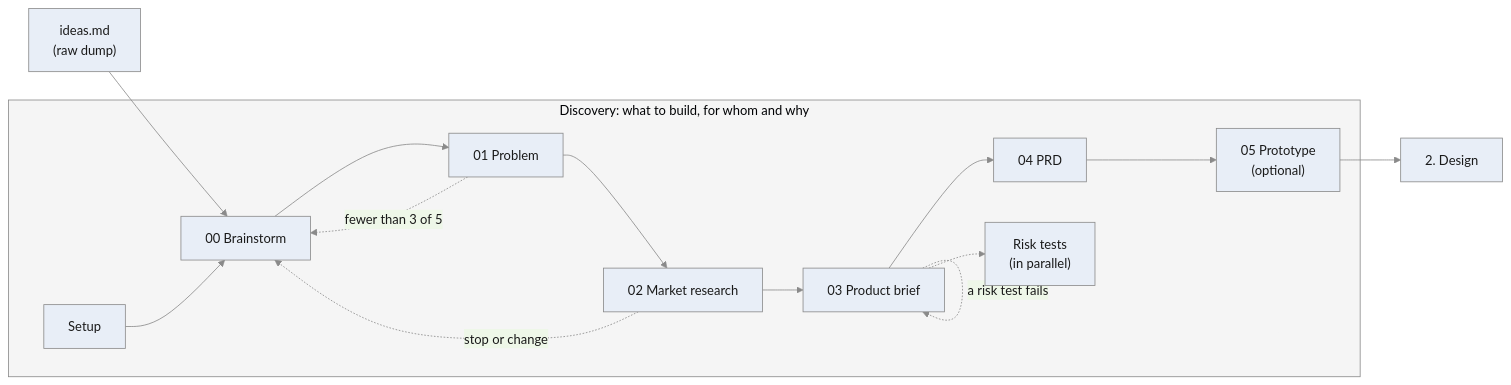
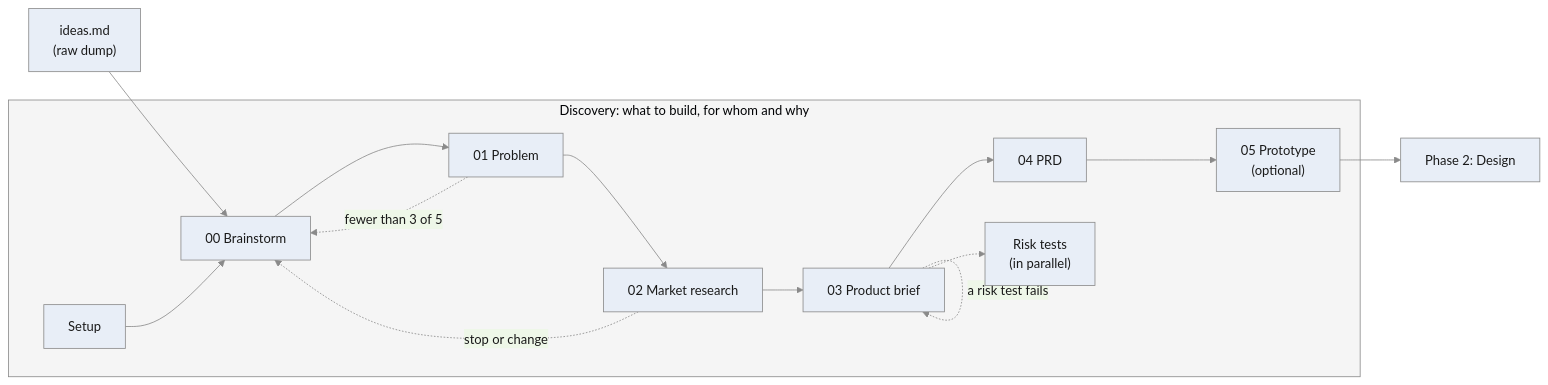
Before and after one commit to developedbyflow/ways-of-working: the first of 2 diagrams in FLOWS.md, drawn with Mermaid. The commit also changed other lines of this file, not shown here.

Commit message:
docs(flows): Design gets its diagram, a start and what each step reads and writes; ADRs from every step; phase labels Mermaid no longer reads as lists

````diff
--- a/FLOWS.md
+++ b/FLOWS.md
@@ -21,13 +21,13 @@
 ```mermaid
 %%{init: {"theme": "base", "themeVariables": {"primaryColor": "#e8eef7", "primaryTextColor": "#1a1a1a", "primaryBorderColor": "#8a8a8a", "lineColor": "#8a8a8a", "clusterBkg": "#f5f5f5", "clusterBorder": "#8a8a8a"}}}%%
 flowchart LR
   I["ideas.md<br/>(raw dump)"] --> B
   subgraph D["Discovery: what to build, for whom and why"]
     S["Setup"] --> B["00 Brainstorm"] --> P["01 Problem"] --> M["02 Market research"] --> R["03 Product brief"] --> Q["04 PRD"] --> O["05 Prototype<br/>(optional)"]
     R -.-> T["Risk tests<br/>(in parallel)"]
   end
-  O --> X["2. Design"]
+  O --> X["Phase 2: Design"]
   P -. "fewer than 3 of 5" .-> B
   M -. "stop or change" .-> B
   R -. "a risk test fails" .-> R
 ```
````
